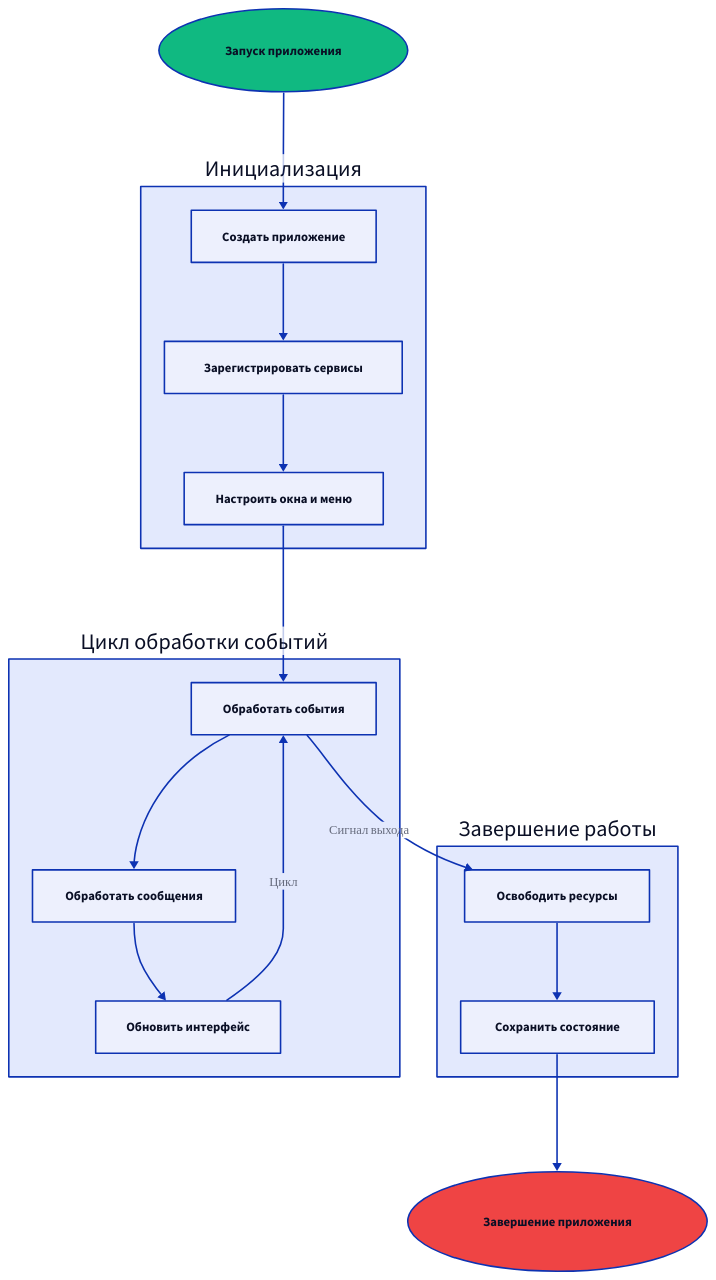
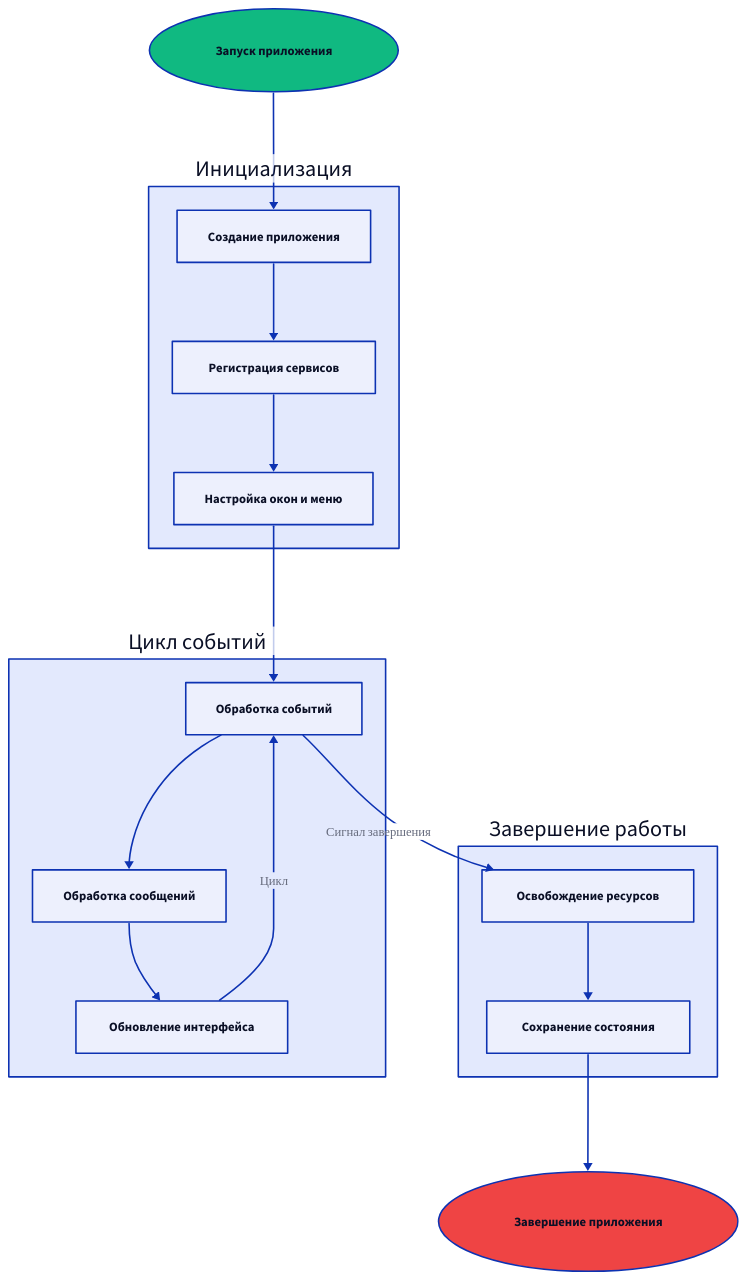
One commit to wailsapp/wails changed the fourth of 8 diagrams in docs/mpress/content/ru/concepts/architecture.md. Above: the diagram before and after it, drawn with D2. The commit also changed other lines of this file and 1096 other files, not shown here.

````diff
--- a/docs/mpress/content/ru/concepts/architecture.md
+++ b/docs/mpress/content/ru/concepts/architecture.md
@@ -258,62 +258,62 @@
 ```d2
 direction: down
 
 Start: Запуск приложения {
   shape: oval
   style.fill: "#10B981"
 }
 
 Init: Инициализация {
-  Create: Создать приложение {
+  Create: Создание приложения {
     shape: rectangle
   }
 
-  Register: Зарегистрировать сервисы {
+  Register: Регистрация сервисов {
     shape: rectangle
   }
 
-  Setup: Настроить окна и меню {
+  Setup: Настройка окон и меню {
     shape: rectangle
   }
 }
 
-Run: Цикл обработки событий {
-  Events: Обработать события {
+Run: Цикл событий {
+  Events: Обработка событий {
     shape: rectangle
   }
 
-  Messages: Обработать сообщения {
+  Messages: Обработка сообщений {
     shape: rectangle
   }
 
-  Render: Обновить интерфейс {
+  Render: Обновление интерфейса {
     shape: rectangle
   }
 }
 
 Shutdown: Завершение работы {
-  Cleanup: Освободить ресурсы {
+  Cleanup: Освобождение ресурсов {
     shape: rectangle
   }
 
-  Save: Сохранить состояние {
+  Save: Сохранение состояния {
     shape: rectangle
   }
 }
 
 End: Завершение приложения {
   shape: oval
   style.fill: "#EF4444"
 }
 
 Start -> Init.Create
 Init.Create -> Init.Register
 Init.Register -> Init.Setup
 Init.Setup -> Run.Events
 Run.Events -> Run.Messages
 Run.Messages -> Run.Render
 Run.Render -> Run.Events: Цикл
-Run.Events -> Shutdown.Cleanup: Сигнал выхода
+Run.Events -> Shutdown.Cleanup: Сигнал завершения
 Shutdown.Cleanup -> Shutdown.Save
 Shutdown.Save -> End
 ```
````
